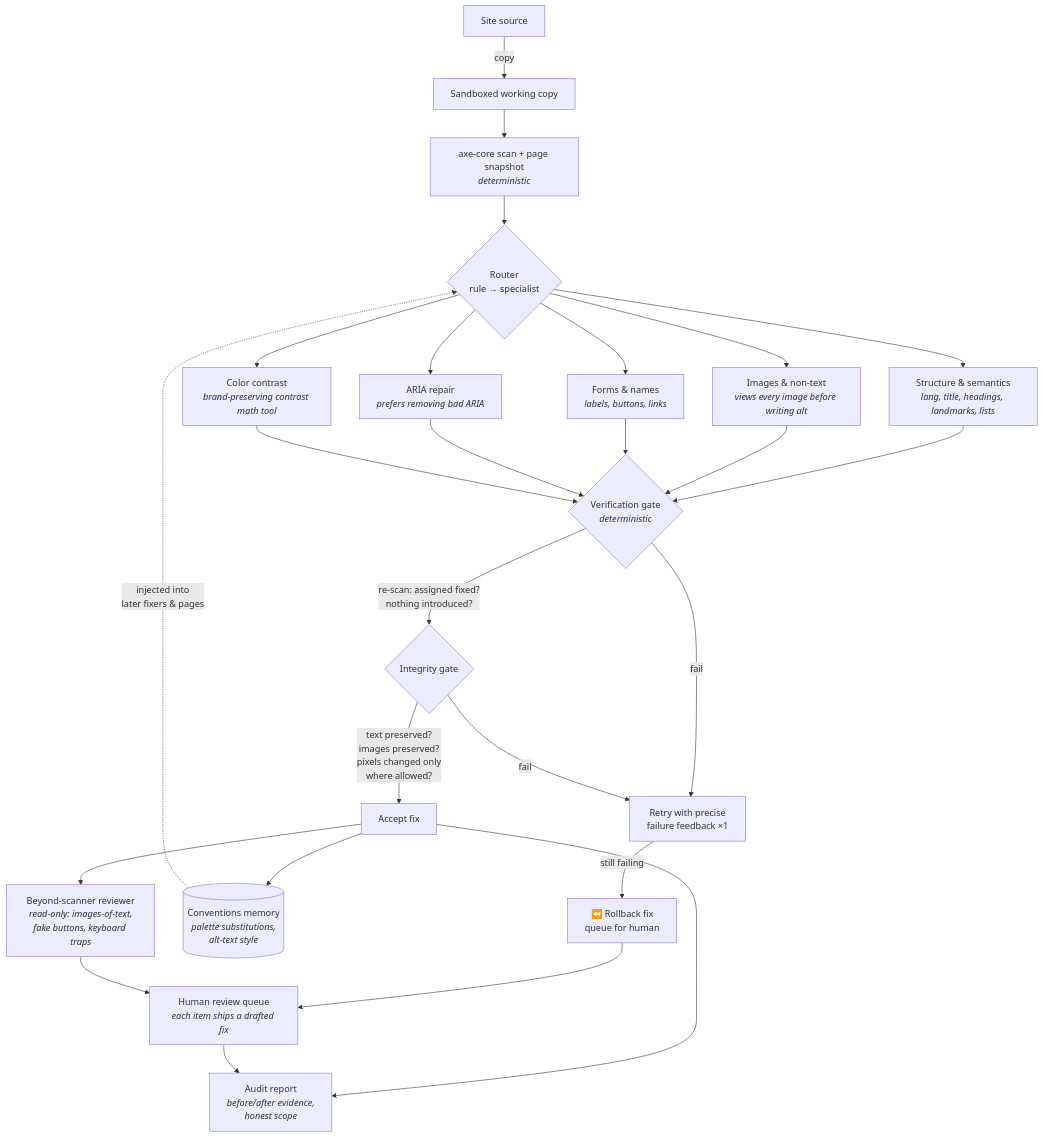
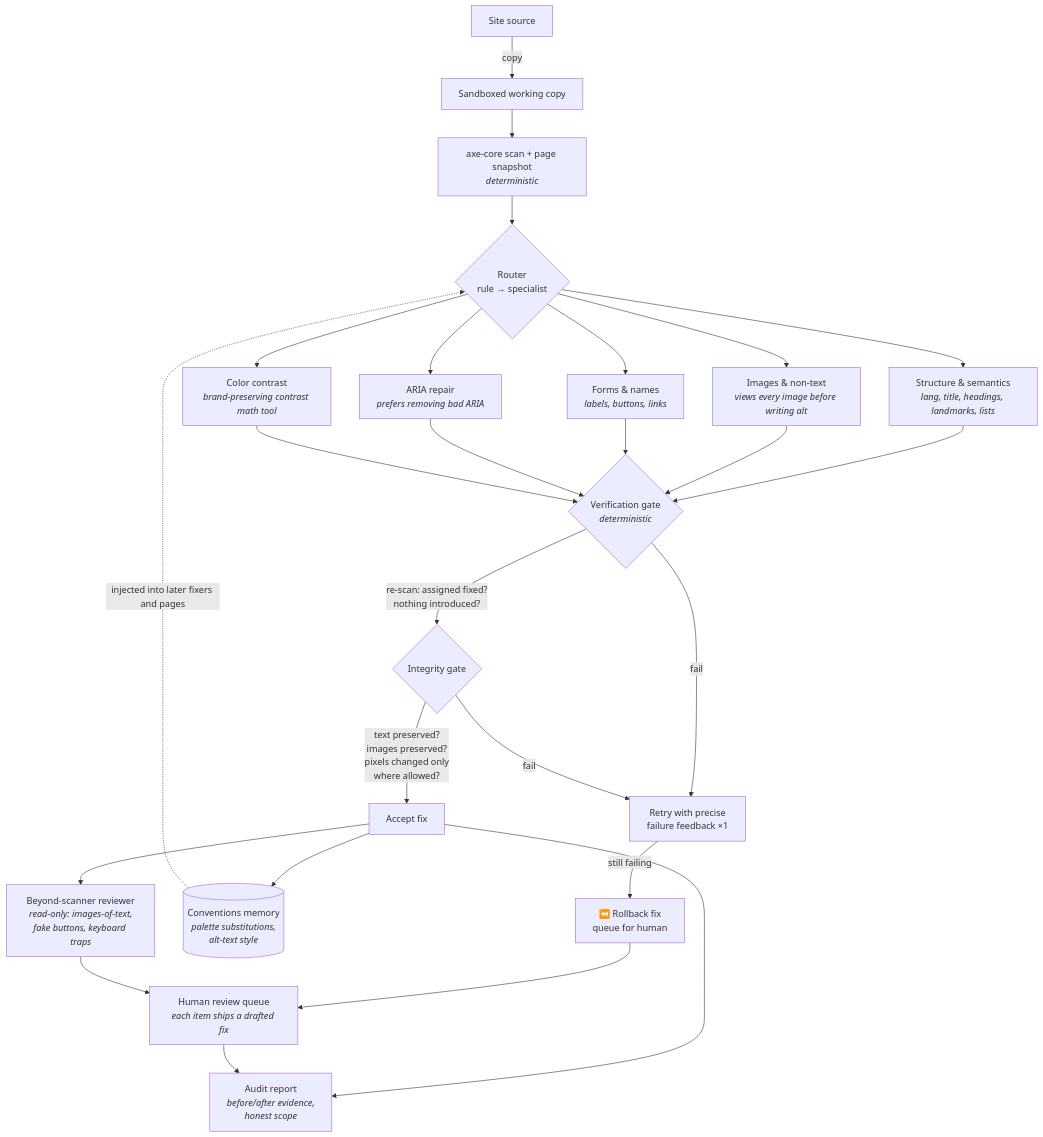
One commit to shi1720/micro1-hackathon changed the diagram in docs/architecture.md. Above: the diagram before and after it, drawn with Mermaid. The commit also changed other lines of this file and 49 other files, not shown here.

````diff
--- a/docs/architecture.md
+++ b/docs/architecture.md
@@ -5,24 +5,23 @@
 ```mermaid
 flowchart TB
     A[Site source] -->|copy| W[Sandboxed working copy]
     W --> S[axe-core scan + page snapshot<br/><i>deterministic</i>]
     S --> R{Router<br/>rule → specialist}
     R --> F1[Structure & semantics<br/><i>lang, title, headings, landmarks, lists</i>]
     R --> F2[Images & non-text<br/><i>views every image before writing alt</i>]
     R --> F3[Forms & names<br/><i>labels, buttons, links</i>]
     R --> F4[ARIA repair<br/><i>prefers removing bad ARIA</i>]
     R --> F5[Color contrast<br/><i>brand-preserving contrast math tool</i>]
     F1 & F2 & F3 & F4 & F5 --> V{Verification gate<br/><i>deterministic</i>}
     V -->|re-scan: assigned fixed?<br/>nothing introduced?| V2{Integrity gate}
     V2 -->|text preserved?<br/>images preserved?<br/>pixels changed only<br/>where allowed?| OK[Accept fix]
     V -->|fail| RETRY[Retry with precise<br/>failure feedback ×1]
     V2 -->|fail| RETRY
     RETRY -->|still failing| RB[⏪ Rollback fix<br/>queue for human]
     OK --> M[(Conventions memory<br/><i>palette substitutions,<br/>alt-text style</i>)]
-    M -.->|injected into
-later fixers & pages| R
+    M -.->|injected into later fixers and pages| R
     OK --> REV[Beyond-scanner reviewer<br/><i>read-only: images-of-text,<br/>fake buttons, keyboard traps</i>]
     RB --> Q[Human review queue<br/><i>each item ships a drafted fix</i>]
     REV --> Q
     OK & Q --> REP[Audit report<br/><i>before/after evidence,<br/>honest scope</i>]
 ```
````
